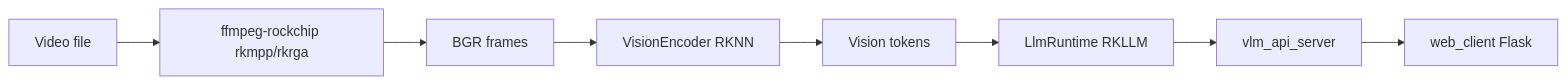
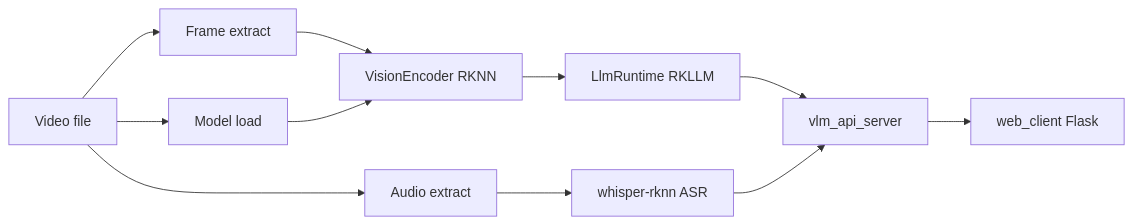
One commit to ShiWarai/video-descriptor-rkllm changed the diagram in README.md. Above: the diagram before and after it, drawn with Mermaid. The commit also changed other lines of this file and 34 other files, not shown here.

````diff
--- a/README.md
+++ b/README.md
@@ -74,10 +80,13 @@
 ```mermaid
 flowchart LR
-  Video[Video file] --> FFmpeg[ffmpeg-rockchip rkmpp/rkrga]
-  FFmpeg --> Frames[BGR frames]
-  Frames --> RKNN[VisionEncoder RKNN]
-  RKNN --> Tokens[Vision tokens]
-  Tokens --> RKLLM[LlmRuntime RKLLM]
+  Video[Video file] --> FrameExt[Frame extract]
+  Video --> AudioExt[Audio extract]
+  Video --> ModelLoad[Model load]
+  FrameExt --> RKNN[VisionEncoder RKNN]
+  AudioExt --> Whisper[whisper-rknn ASR]
+  ModelLoad --> RKNN
+  RKNN --> RKLLM[LlmRuntime RKLLM]
   RKLLM --> API[vlm_api_server]
+  Whisper --> API
   API --> Web[web_client Flask]
 ```
````
